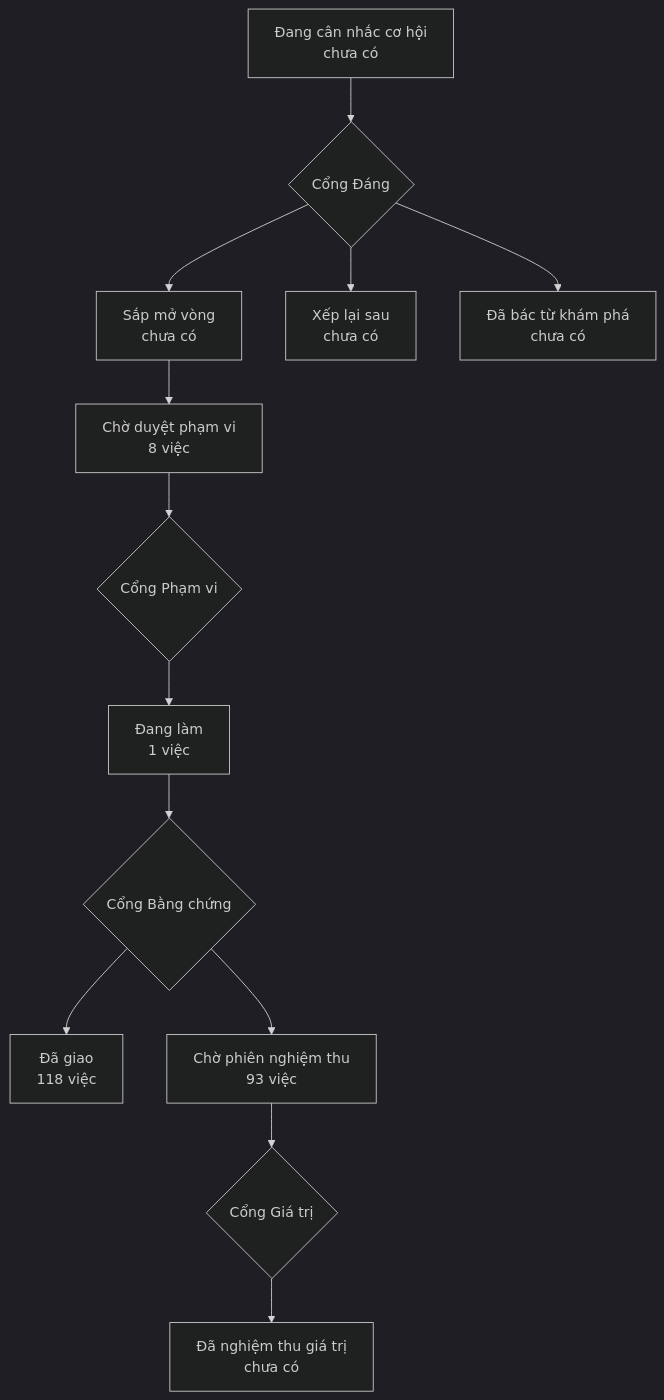
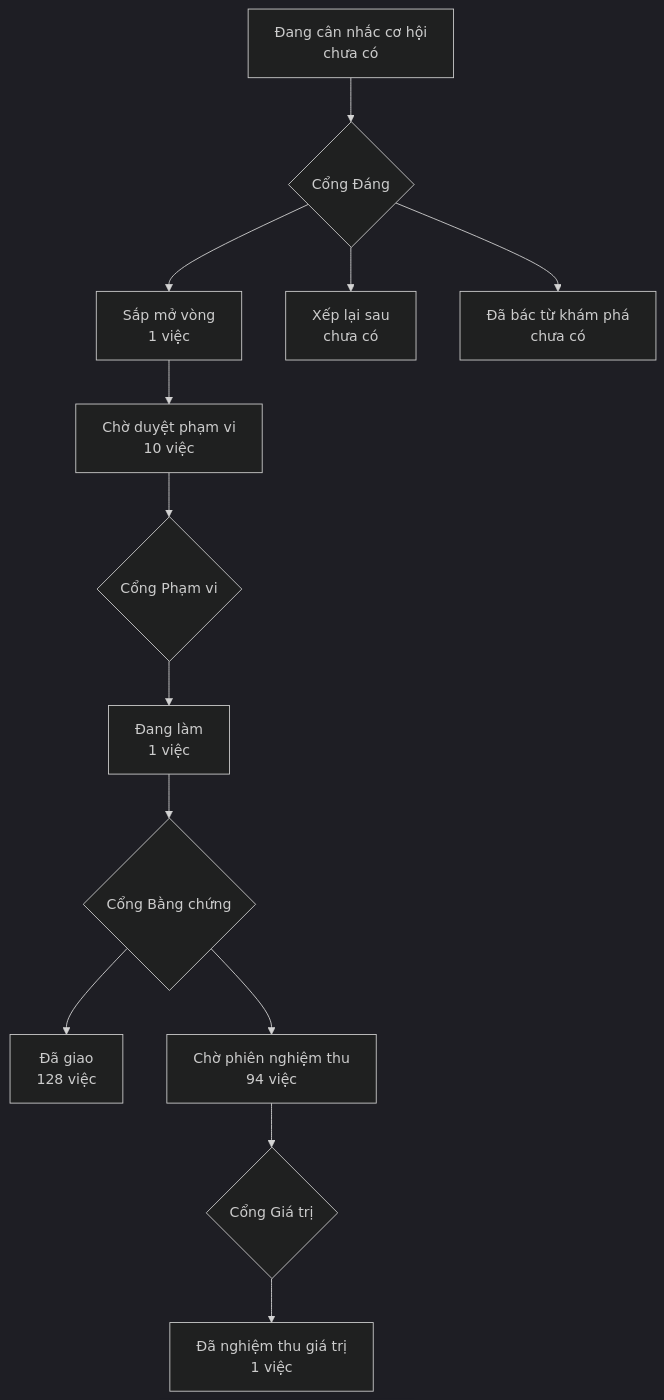
The diagram in PRODUCT-MAP.md (phanlemanh/onehub-invest), drawn with Mermaid (dark theme) before and after one commit. The commit also changed other lines of this file and 6 other files, not shown here.

````diff
--- a/PRODUCT-MAP.md
+++ b/PRODUCT-MAP.md
@@ -7,12 +7,12 @@
 ```mermaid
 flowchart TD
   A["Đang cân nhắc cơ hội<br/>chưa có"] --> GD{"Cổng Đáng"}
-  GD --> B["Sắp mở vòng<br/>chưa có"]
+  GD --> B["Sắp mở vòng<br/>1 việc"]
   GD --> XL["Xếp lại sau<br/>chưa có"]
   GD --> DB["Đã bác từ khám phá<br/>chưa có"]
-  B --> CD["Chờ duyệt phạm vi<br/>8 việc"] --> GP{"Cổng Phạm vi"}
+  B --> CD["Chờ duyệt phạm vi<br/>10 việc"] --> GP{"Cổng Phạm vi"}
   GP --> DL["Đang làm<br/>1 việc"] --> GB{"Cổng Bằng chứng"}
-  GB --> DG["Đã giao<br/>118 việc"]
-  GB --> CN["Chờ phiên nghiệm thu<br/>93 việc"] --> GG{"Cổng Giá trị"}
-  GG --> NT["Đã nghiệm thu giá trị<br/>chưa có"]
+  GB --> DG["Đã giao<br/>128 việc"]
+  GB --> CN["Chờ phiên nghiệm thu<br/>94 việc"] --> GG{"Cổng Giá trị"}
+  GG --> NT["Đã nghiệm thu giá trị<br/>1 việc"]
 ```
````
